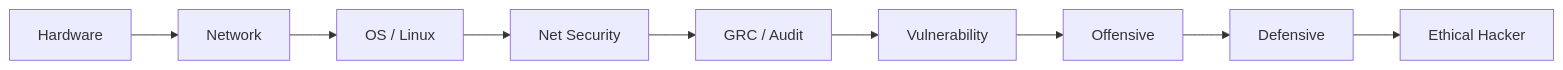
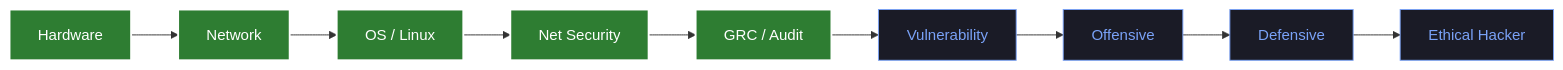
The diagram in README.md (veera-crt/veera-crt), drawn with Mermaid before and after one commit.

Commit message:
feat: color code roadmap to show completed milestones up to GRC Audit

````diff
--- a/README.md
+++ b/README.md
@@ -41,11 +41,17 @@
 ```mermaid
 graph LR
     A[Hardware] --> B[Network]
     B --> C[OS / Linux]
     C --> D[Net Security]
     D --> E[GRC / Audit]
     E --> F[Vulnerability]
     F --> G[Offensive]
     G --> H[Defensive]
     H --> I[Ethical Hacker]
+
+    classDef done fill:#2e7d32,stroke:#fff,stroke-width:2px,color:#fff
+    classDef current fill:#1a1b26,stroke:#7aa2f7,stroke-width:1px,color:#7aa2f7
+    
+    class A,B,C,D,E done
+    class F,G,H,I current
 ```
````
